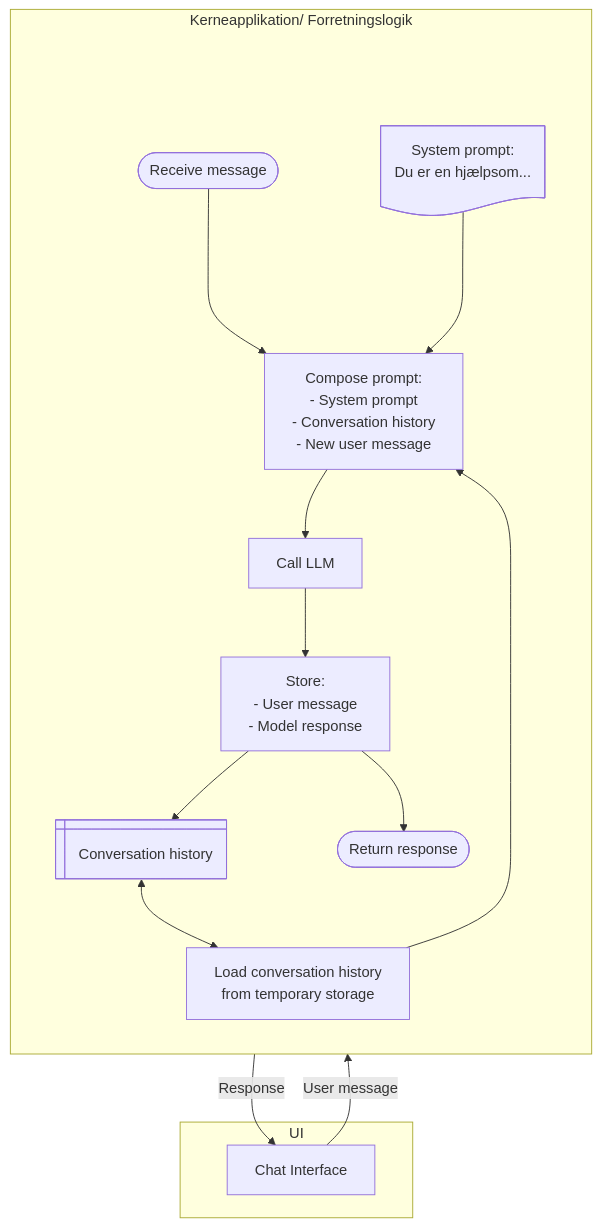
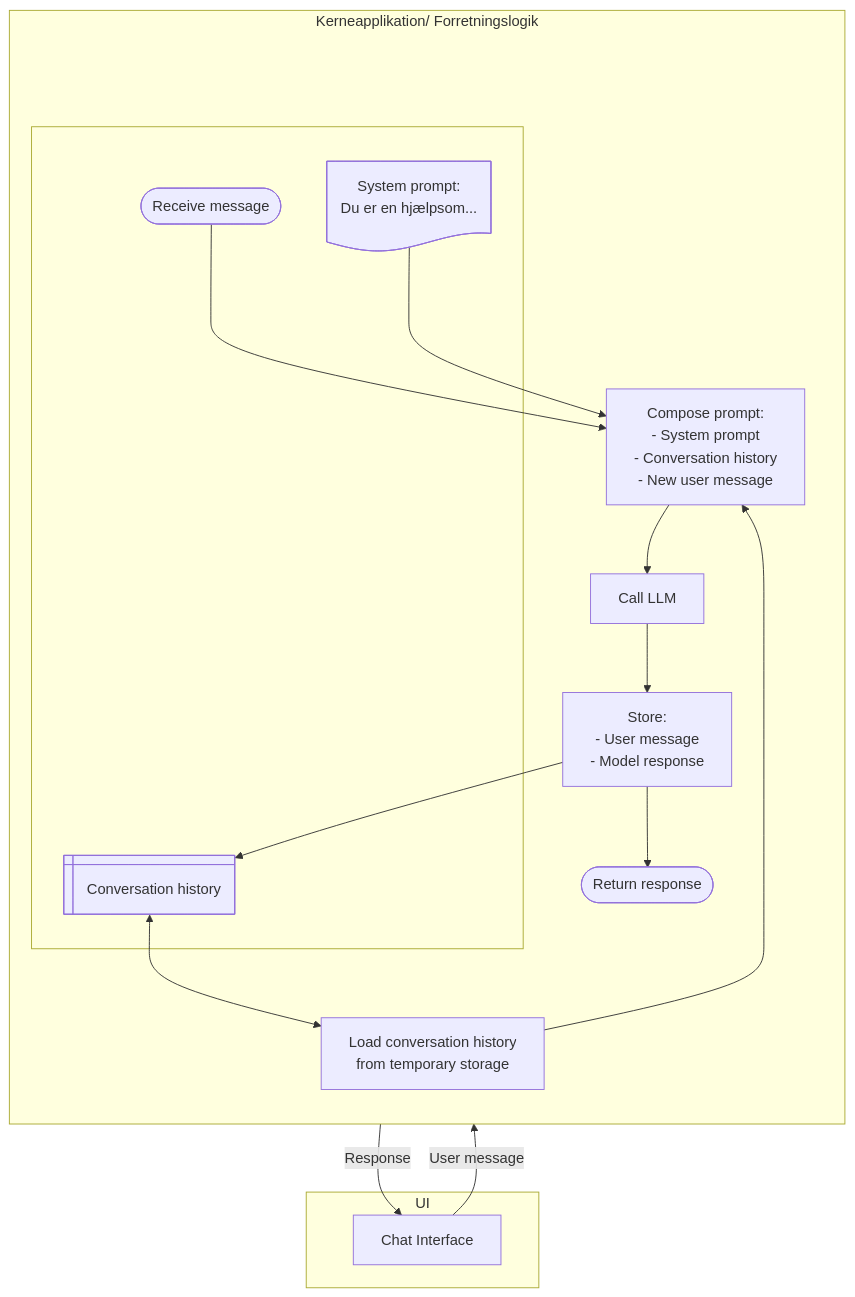
The diagram in docs/minimumskrav/AI_loesningseksempler/simpleste_chat.md (OS2sandbox/public-genai-governance), drawn with Mermaid before and after one commit.

Commit message:
Collect input sources in diagram

````diff
--- a/docs/minimumskrav/AI_loesningseksempler/simpleste_chat.md
+++ b/docs/minimumskrav/AI_loesningseksempler/simpleste_chat.md
@@ -6,50 +6,50 @@
 ```mermaid
 flowchart TD
     classDef inViz fill:None,stroke-width:0px;
 
     subgraph UI["UI"]
         chat["Chat Interface"]
     end
 
     chat -->|User message| start
 
     subgraph core["Kerneapplikation/ Forretningslogik"]
         direction TB
         
         inVizAnchor:::inViz@{shape: junction}
-
-        storage@{ shape: win-pane, label: "Conversation history" }
-
-        start([Receive message])
+        
+        subgraph inputSrcs[" "]
+            storage@{ shape: win-pane, label: "Conversation history" }
+            start([Receive message])
+            prompt@{ shape: doc, label: "System prompt: 
+                                         Du er en hjælpsom..." }     
+        end
         
         ctx["Load conversation history
              from temporary storage"]
              
-        prompt@{ shape: doc, label: "System prompt: 
-                                     Du er en hjælpsom..." }     
-
         compose["Compose prompt:
                 - System prompt
                 - Conversation history
                 - New user message"]
 
         callModel["Call LLM"]
 
         store["Store:
                - User message
                - Model response"]
 
         respond([Return response])
 
         inVizAnchor ~~~ storage 
         inVizAnchor ~~~ start
         inVizAnchor ~~~ prompt
         
         storage <--> ctx --> compose
         start ---> compose --> callModel --> store --> respond
         prompt ---> compose
         store --> storage
     end
 
     respond -->|Response| chat
 ```
````
